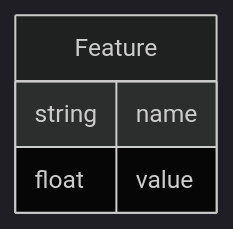
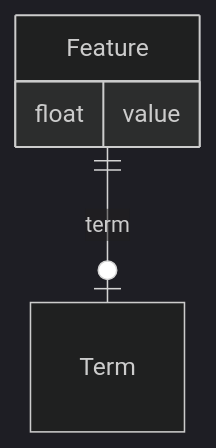
The third of 4 diagrams in docs/data_schemas/descriptors.md (mbsantiago/soundevent), drawn with Mermaid (dark theme) before and after one commit. The commit also changed other lines of this file and 43 other files, not shown here.

````diff
--- a/docs/data_schemas/descriptors.md
+++ b/docs/data_schemas/descriptors.md
@@ -90,7 +77,8 @@
 ```mermaid
 erDiagram
     Feature {
-        string name
         float value
     }
+    Term
+    Feature ||--o| Term: term
 ```
````
